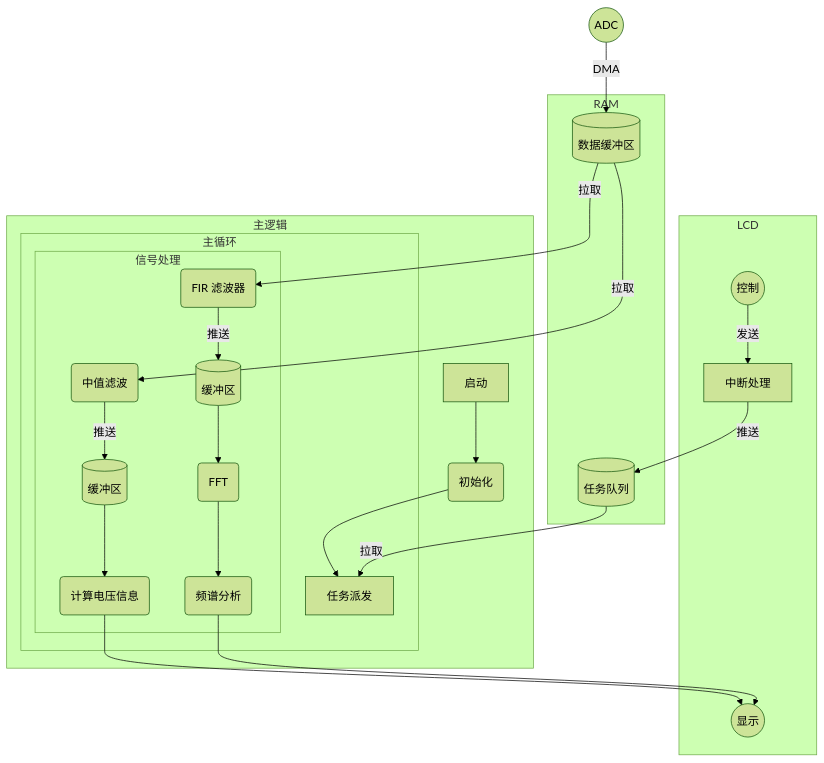
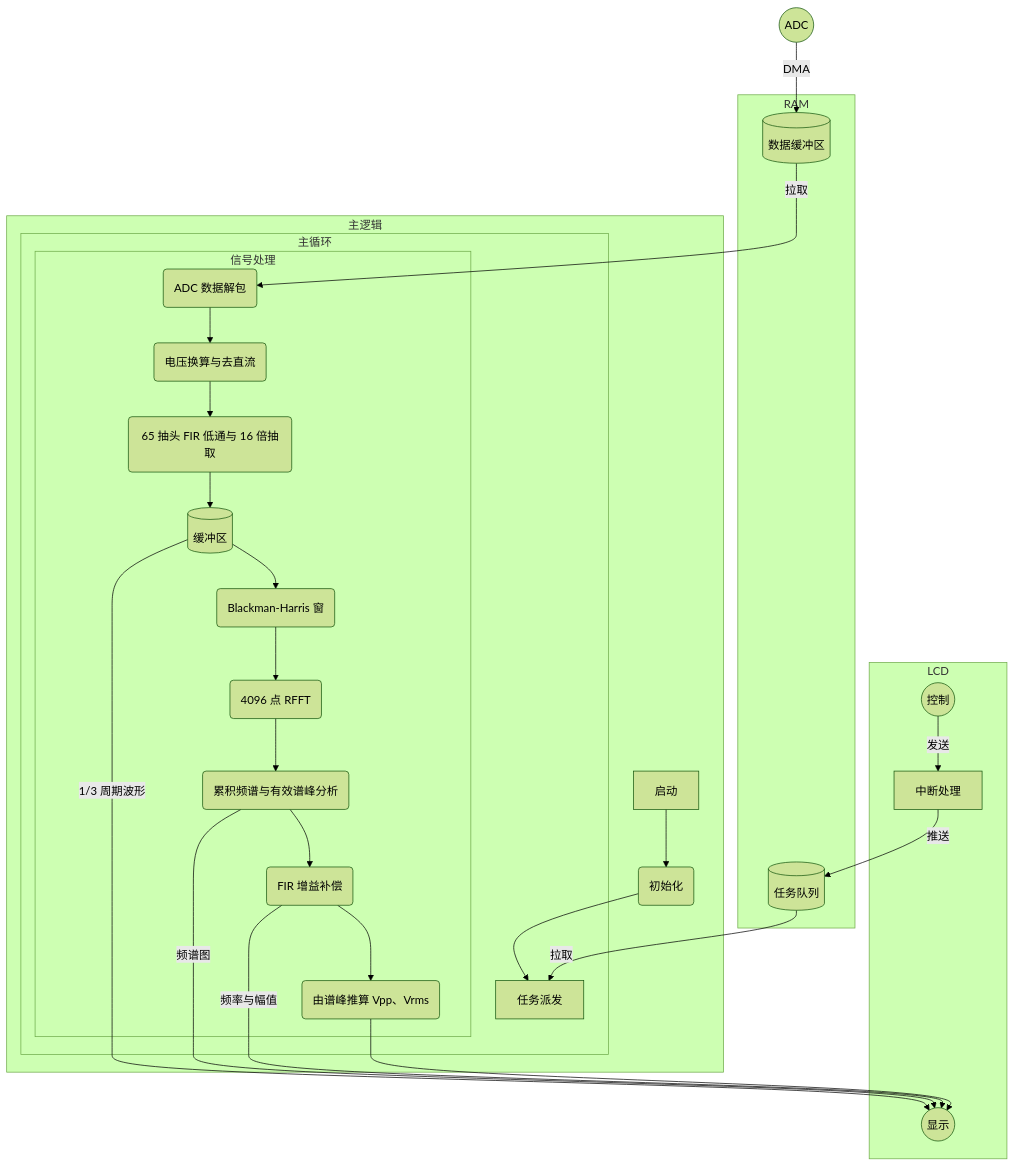
The first of 4 diagrams in report.md (su011307/2026-g), drawn with Mermaid (forest theme) before and after one commit. The commit also changed other lines of this file and 40 other files, not shown here.

````diff
--- a/report.md
+++ b/report.md
@@ -3,52 +3,52 @@
 ```mermaid
 flowchart TD
     subgraph "RAM"
         task_queue[("任务队列")]
         buffer[("数据缓冲区")]
     end
 
     handler["中断处理"] --"推送"--> task_queue
 
     subgraph "LCD"
         command(("控制"))
         command --"发送"--> handler
 
         display(("显示"))
     end
 
     subgraph "主逻辑"
         start["启动"]
         init("初始化")
 
         start --> init
         init --> dispatch
 
         subgraph "主循环"
             dispatch["任务派发"]
             task_queue --"拉取"--> dispatch
 
             subgraph "信号处理"
-                median("中值滤波")
-                med_buf[("缓冲区")]
+                unpack("ADC 数据解包")
+                dc("电压换算与去直流")
+                fir("65 抽头 FIR 低通与 16 倍抽取")
                 fir_buf[("缓冲区")]
-                fir("FIR 滤波器")
-                voltage("计算电压信息")
-                fft("FFT")
-                spectrum("频谱分析")
+                window("Blackman-Harris 窗")
+                fft("4096 点 RFFT")
+                spectrum("累积频谱与有效谱峰分析")
+                compensate("FIR 增益补偿")
+                voltage("由谱峰推算 Vpp、Vrms")
 
-                buffer --"拉取"--> median
-                buffer --"拉取"--> fir
-                median --"推送"--> med_buf
-                fir --"推送"--> fir_buf
-                med_buf --> voltage
-                fir_buf --> fft
-                fft --> spectrum
-                
-                voltage --> display
-                spectrum --> display
+                buffer --"拉取"--> unpack
+                unpack --> dc --> fir --> fir_buf
+                fir_buf --> window --> fft --> spectrum --> compensate
+
+                fir_buf --"1/3 周期波形"--> display
+                spectrum --"频谱图"--> display
+                compensate --"频率与幅值"--> display
+                compensate --> voltage --> display
             end
         end
     end
 
     adc(("ADC")) --"DMA"--> buffer
 ```
````
